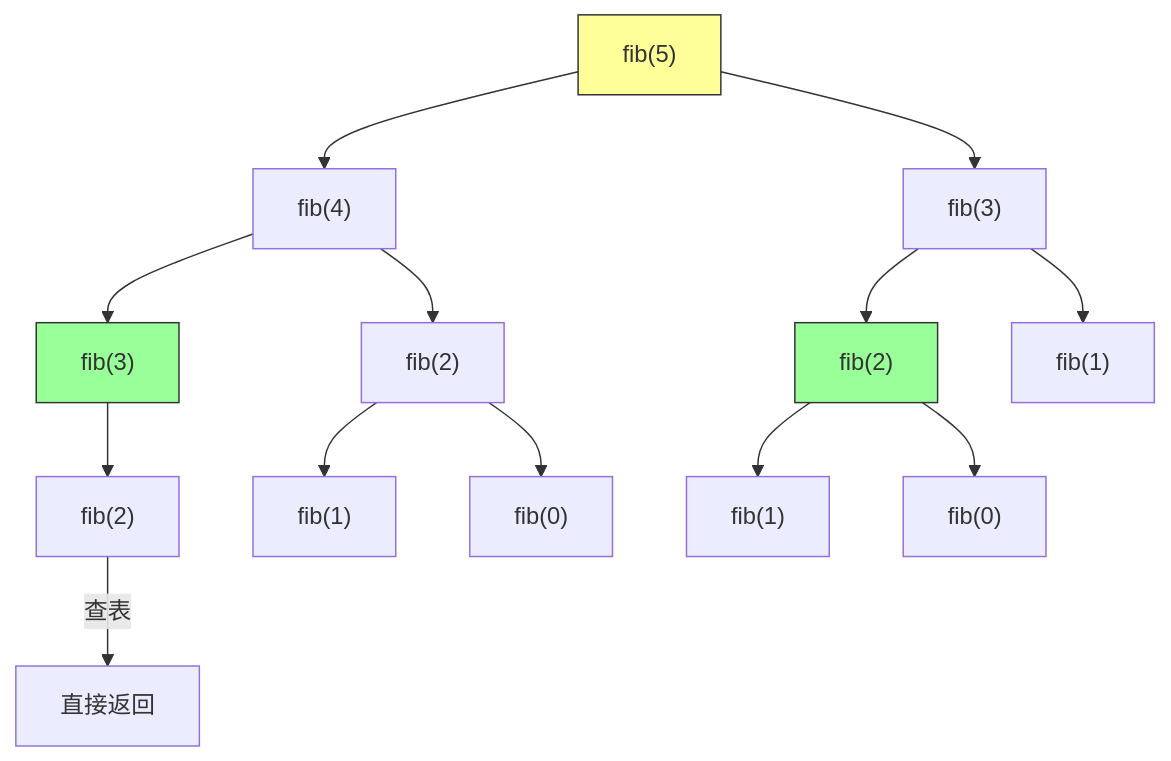
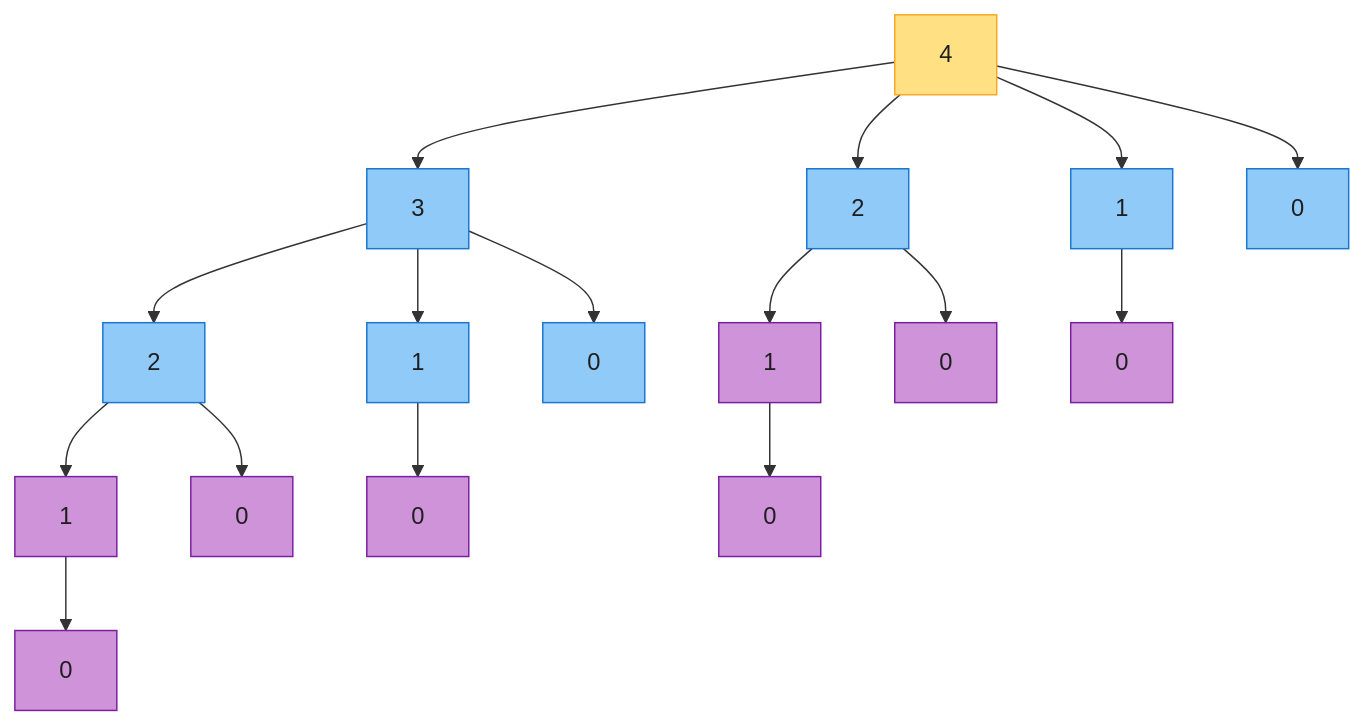
The third of 11 diagrams in IntroductionToAlgorithms/Chapter14_动态规划_深度版.md (socoo123/book_reading), drawn with Mermaid before and after one commit. The commit also changed other lines of this file and 30 other files, not shown here.

````diff
--- a/IntroductionToAlgorithms/Chapter14_动态规划_深度版.md
+++ b/IntroductionToAlgorithms/Chapter14_动态规划_深度版.md
@@ -105,18 +170,25 @@
 ```mermaid
 graph TD
-    A["fib(5)"] --> B["fib(4)"]
-    A --> C["fib(3)"]
-    B --> D["fib(3)"]
-    B --> E["fib(2)"]
-    C --> F["fib(2)"]
-    C --> G["fib(1)"]
-    D --> H["fib(2)"]  -->|查表| I["直接返回"]
-    E --> J["fib(1)"]
-    E --> K["fib(0)"]
-    F --> L["fib(1)"]
-    F --> M["fib(0)"]
+    n4["4"] --> a3["3"]
+    n4 --> a2["2"]
+    n4 --> a1["1"]
+    n4 --> a0["0"]
+    a3 --> b2["2"]
+    a3 --> b1["1"]
+    a3 --> b0["0"]
+    a2 --> c1["1"]
+    a2 --> c0["0"]
+    a1 --> d0["0"]
+    b2 --> e1["1"]
+    b2 --> e0["0"]
+    b1 --> f0["0"]
+    c1 --> g0["0"]
+    e1 --> h0["0"]
 
-    style A fill:#ffff99,stroke:#333
-    style D fill:#99ff99,stroke:#333
-    style F fill:#99ff99,stroke:#333
+    classDef root fill:#FFE082,stroke:#F9A825,color:#1f1f1f
+    classDef dup fill:#CE93D8,stroke:#7B1FA2,color:#1f1f1f
+    classDef first fill:#90CAF9,stroke:#1976D2,color:#1f1f1f
+    class n4 root
+    class a3,a2,a1,a0,b2,b1,b0 first
+    class c1,c0,d0,e1,e0,f0,g0,h0 dup
 ```
````
